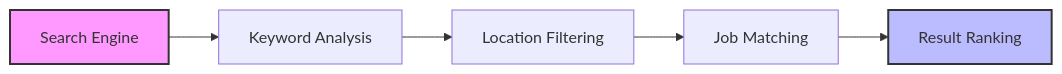
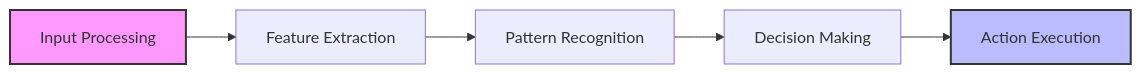
The second of 4 diagrams in README.md (SaurabMishra12/Multi-Agent-Job-Search-Automation-Framework), drawn with Mermaid before and after one commit. The commit also changed other lines of this file, not shown here.

Commit message:
Initial commit: Multi-Agent Job Search Framework with AI capabilities

````diff
--- a/README.md
+++ b/README.md
@@ -48,10 +62,10 @@
 ```mermaid
 graph LR
-    A[Search Engine] --> B[Keyword Analysis]
-    B --> C[Location Filtering]
-    C --> D[Job Matching]
-    D --> E[Result Ranking]
+    A[Input Processing] --> B[Feature Extraction]
+    B --> C[Pattern Recognition]
+    C --> D[Decision Making]
+    D --> E[Action Execution]
     
     style A fill:#f9f,stroke:#333,stroke-width:2px
     style E fill:#bbf,stroke:#333,stroke-width:2px
 ```
````
